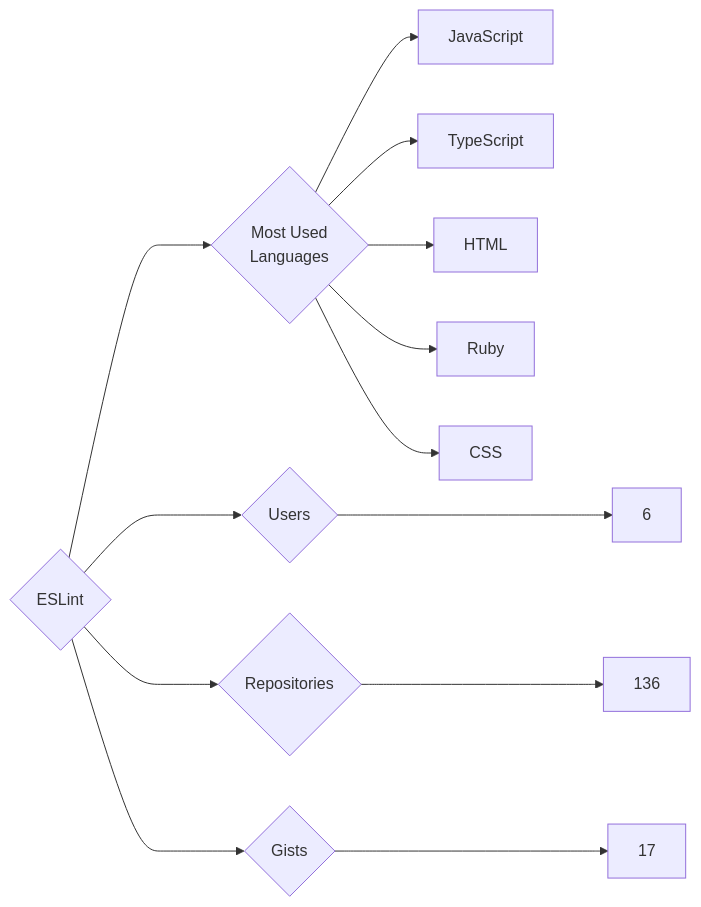
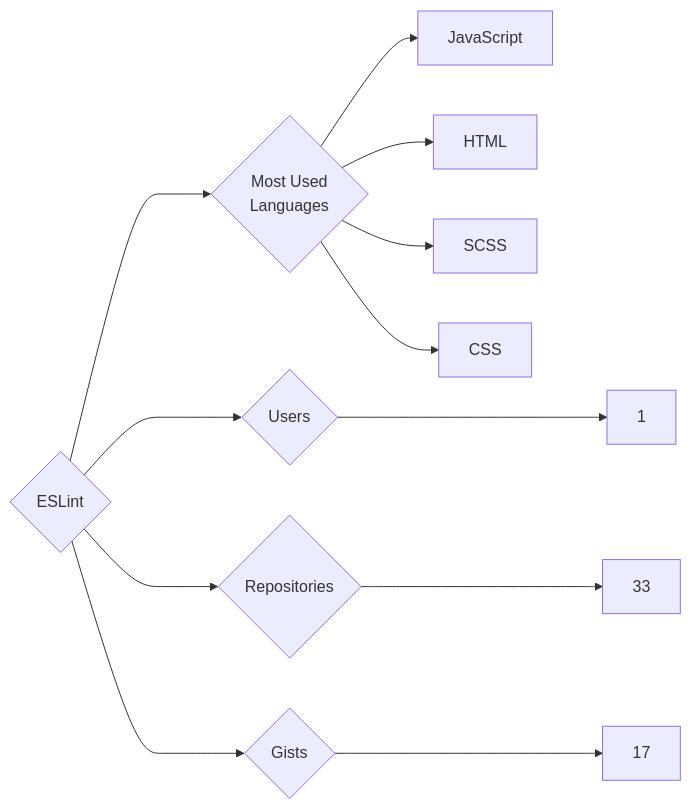
One commit to trickest/insiders changed the diagram in targets/ESLint/README.md. Above: the diagram before and after it, drawn with Mermaid. The commit also changed 938 other files, not shown here.

````diff
--- a/targets/ESLint/README.md
+++ b/targets/ESLint/README.md
@@ -3,13 +3,12 @@
 ```mermaid
 graph LR
 COMPANY_NAME{ESLint}
-COMPANY_NAME ---> U{Users} ---> UN[6]
-COMPANY_NAME ---> R{Repositories} ---> RN[136]
+COMPANY_NAME ---> U{Users} ---> UN[1]
+COMPANY_NAME ---> R{Repositories} ---> RN[33]
 COMPANY_NAME ---> G{Gists} ---> GN[17]
 COMPANY_NAME ---> ML{Most Used<br>Languages}
 ML --> JavaScript[JavaScript]
-ML --> TypeScript[TypeScript]
 ML --> HTML[HTML]
-ML --> Ruby[Ruby]
+ML --> SCSS[SCSS]
 ML --> CSS[CSS]
 ```
````
